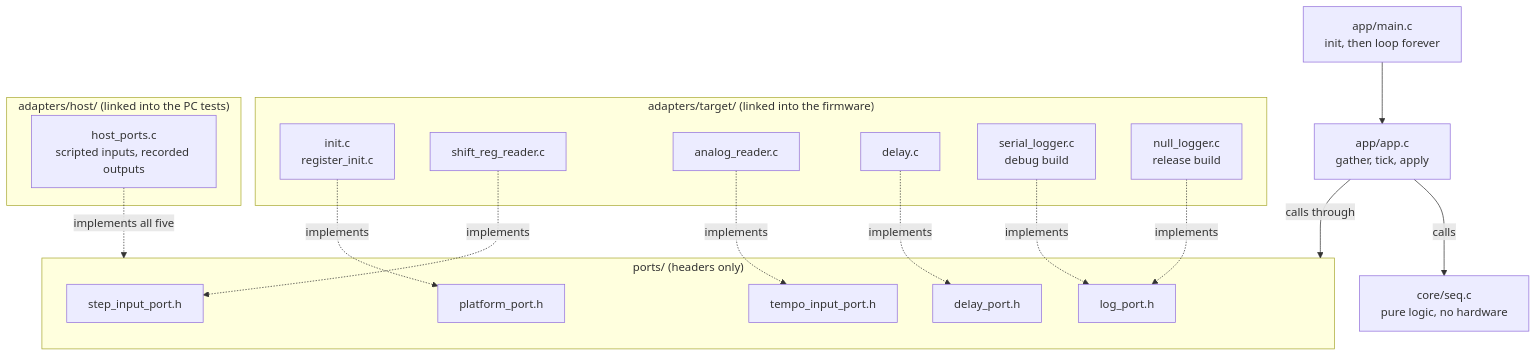
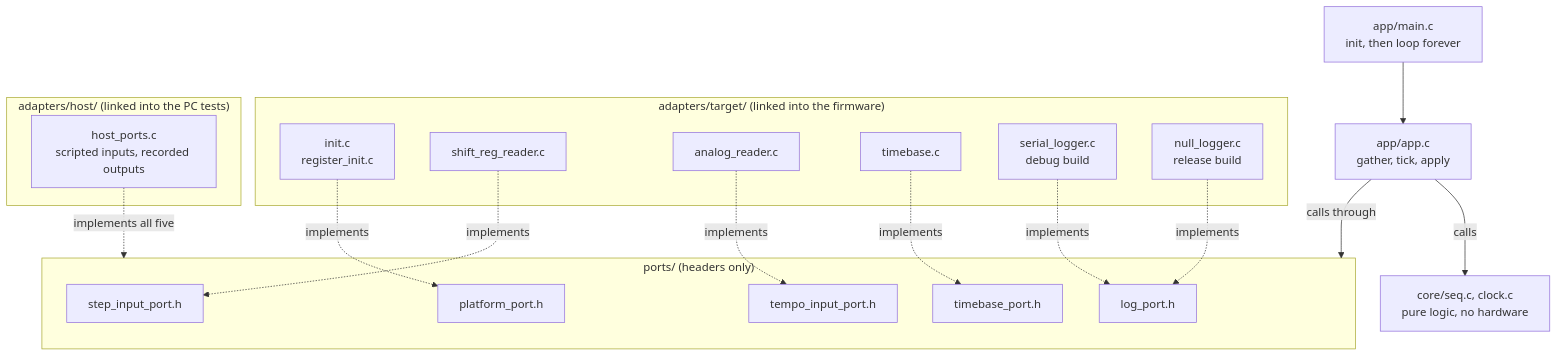
One commit to BonelessPig/nano_sequencer changed the second of 18 diagrams in docs/ARCHITECTURE.md. Above: the diagram before and after it, drawn with Mermaid. The commit also changed other lines of this file and 9 other files, not shown here.

````diff
--- a/docs/ARCHITECTURE.md
+++ b/docs/ARCHITECTURE.md
@@ -44,31 +47,31 @@
 ```mermaid
 flowchart TD
     main["app/main.c<br/>init, then loop forever"] --> app["app/app.c<br/>gather, tick, apply"]
-    app -->|"calls"| core["core/seq.c<br/>pure logic, no hardware"]
+    app -->|"calls"| core["core/seq.c, clock.c<br/>pure logic, no hardware"]
     app -->|"calls through"| ports
     subgraph ports["ports/ (headers only)"]
         p_platform["platform_port.h"]
         p_step["step_input_port.h"]
         p_tempo["tempo_input_port.h"]
-        p_delay["delay_port.h"]
+        p_time["timebase_port.h"]
         p_log["log_port.h"]
     end
     subgraph target["adapters/target/ (linked into the firmware)"]
         t_init["init.c<br/>register_init.c"]
         t_shift["shift_reg_reader.c"]
         t_adc["analog_reader.c"]
-        t_delay["delay.c"]
+        t_time["timebase.c"]
         t_serial["serial_logger.c<br/>debug build"]
         t_null["null_logger.c<br/>release build"]
     end
     subgraph host["adapters/host/ (linked into the PC tests)"]
         h_ports["host_ports.c<br/>scripted inputs, recorded outputs"]
     end
     t_init -.->|"implements"| p_platform
     t_shift -.->|"implements"| p_step
     t_adc -.->|"implements"| p_tempo
-    t_delay -.->|"implements"| p_delay
+    t_time -.->|"implements"| p_time
     t_serial -.->|"implements"| p_log
     t_null -.->|"implements"| p_log
     h_ports -.->|"implements all five"| ports
 ```
````
